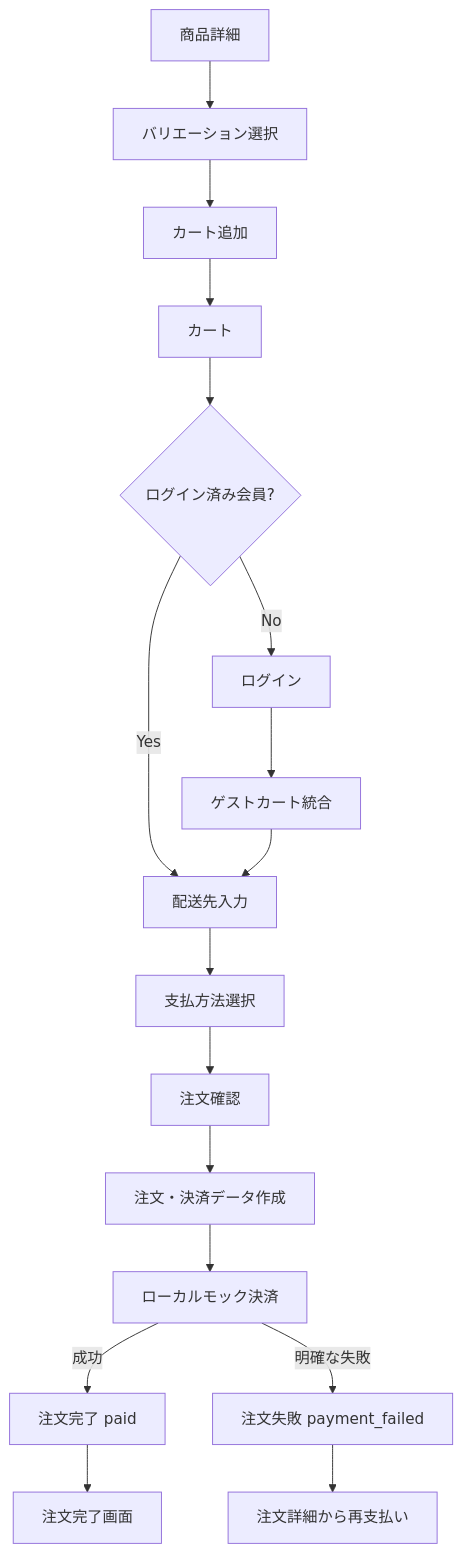
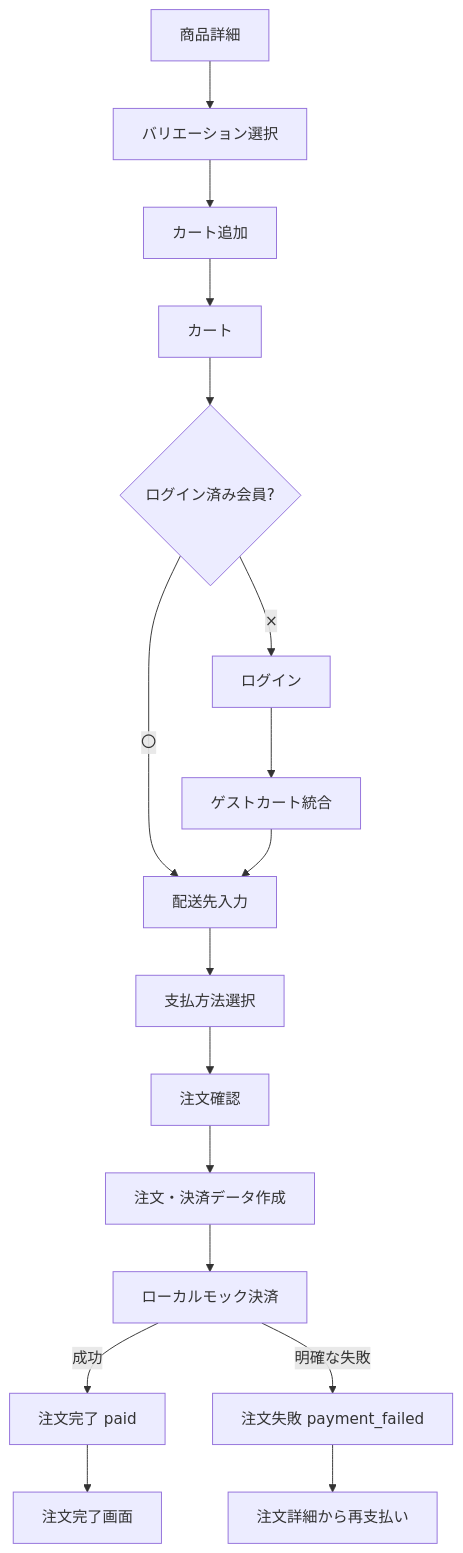
The second of 4 diagrams in docs/06_flows/user_flows.md (ryu-yoshikawa-pro-vision/qa-training-store), drawn with Mermaid before and after one commit. The commit also changed other lines of this file and 66 other files, not shown here.

````diff
--- a/docs/06_flows/user_flows.md
+++ b/docs/06_flows/user_flows.md
@@ -38,19 +38,19 @@
 ```mermaid
 flowchart TD
   A[商品詳細] --> B[バリエーション選択]
   B --> C[カート追加]
   C --> D[カート]
   D --> E{ログイン済み会員?}
-  E -- No --> F[ログイン]
+  E -- × --> F[ログイン]
   F --> G[ゲストカート統合]
-  E -- Yes --> H[配送先入力]
+  E -- 〇 --> H[配送先入力]
   G --> H
   H --> I[支払方法選択]
   I --> J[注文確認]
   J --> K[注文・決済データ作成]
   K --> L[ローカルモック決済]
   L -->|成功| M[注文完了 paid]
   L -->|明確な失敗| N[注文失敗 payment_failed]
   M --> O[注文完了画面]
   N --> P[注文詳細から再支払い]
 ```
````
